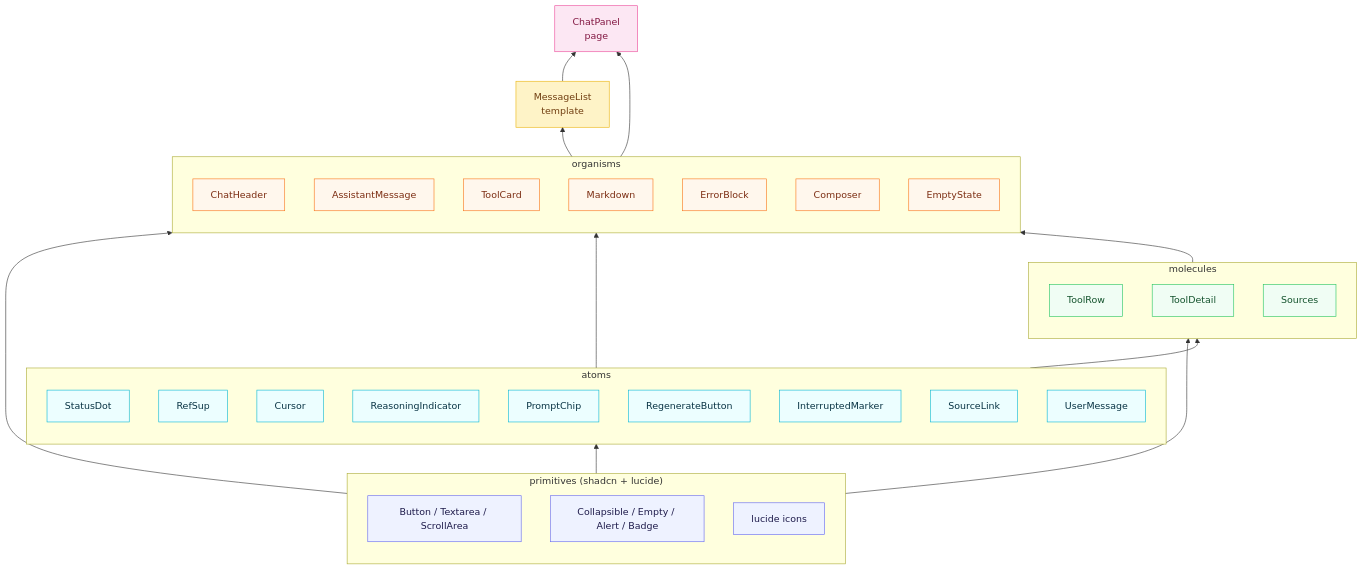
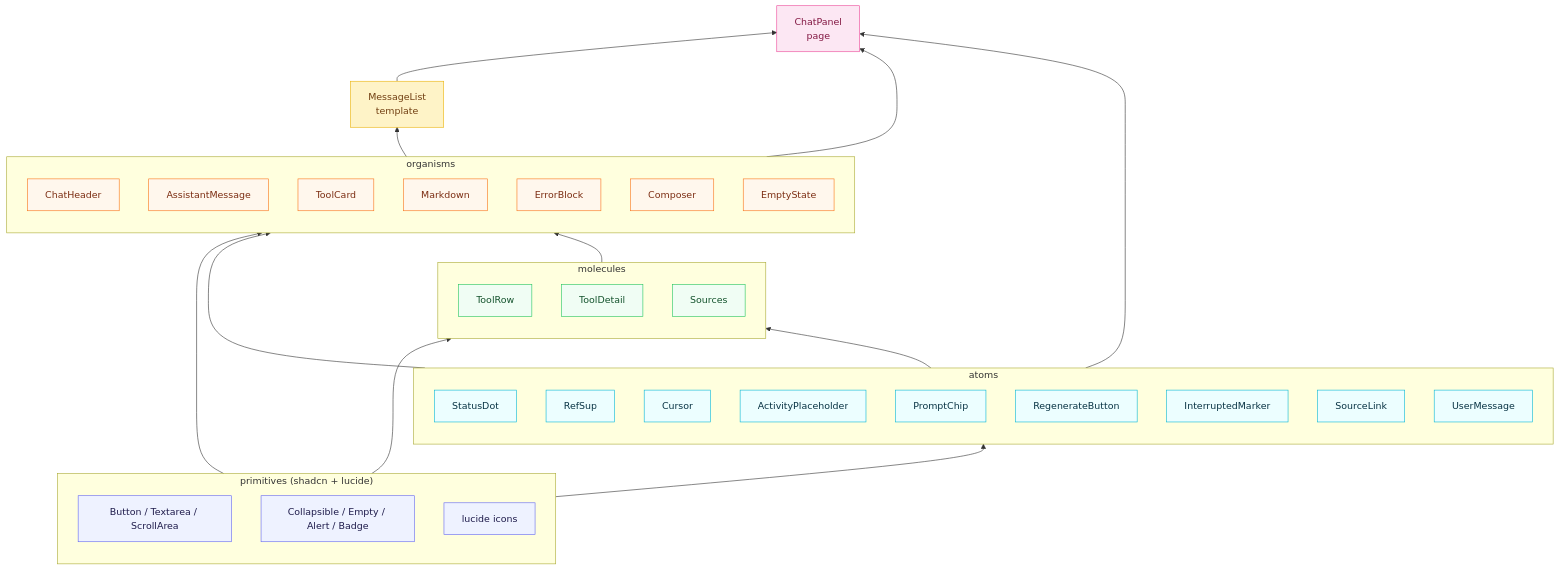
Before and after one commit to wei-yiting/fin-lab-x: the first of 4 diagrams in docs/frontend_chat_architecture.md, drawn with Mermaid. The commit also changed other lines of this file and 26 other files, not shown here.

````diff
--- a/docs/frontend_chat_architecture.md
+++ b/docs/frontend_chat_architecture.md
@@ -15,63 +15,64 @@
 ```mermaid
 flowchart BT
     subgraph primitives["primitives (shadcn + lucide)"]
         P1[Button / Textarea / ScrollArea]
         P2[Collapsible / Empty / Alert / Badge]
         P3[lucide icons]
     end
 
     subgraph atoms
         StatusDot
         RefSup
         Cursor
-        ReasoningIndicator
+        ActivityPlaceholder
         PromptChip
         RegenerateButton
         InterruptedMarker
         SourceLink
         UserMessage
     end
 
     subgraph molecules
         ToolRow
         ToolDetail
         Sources
     end
 
     subgraph organisms
         ChatHeader
         AssistantMessage
         ToolCard
         Markdown
         ErrorBlock
         Composer
         EmptyState
     end
 
     MessageList[MessageList<br/>template]
     ChatPanel[ChatPanel<br/>page]
 
     primitives --> atoms
     primitives --> molecules
     primitives --> organisms
     atoms --> molecules
     atoms --> organisms
     molecules --> organisms
     organisms --> MessageList
     MessageList --> ChatPanel
     organisms --> ChatPanel
+    atoms --> ChatPanel
 
     classDef primitiveCls fill:#eef2ff,stroke:#6366f1,color:#1e1b4b
     classDef atomCls fill:#ecfeff,stroke:#06b6d4,color:#083344
     classDef moleculeCls fill:#f0fdf4,stroke:#22c55e,color:#14532d
     classDef organismCls fill:#fff7ed,stroke:#f97316,color:#7c2d12
     classDef templateCls fill:#fef3c7,stroke:#eab308,color:#713f12
     classDef pageCls fill:#fce7f3,stroke:#ec4899,color:#831843
 
     class P1,P2,P3 primitiveCls
-    class StatusDot,RefSup,Cursor,ReasoningIndicator,PromptChip,RegenerateButton,InterruptedMarker,SourceLink,UserMessage atomCls
+    class StatusDot,RefSup,Cursor,ActivityPlaceholder,PromptChip,RegenerateButton,InterruptedMarker,SourceLink,UserMessage atomCls
     class ToolRow,ToolDetail,Sources moleculeCls
     class ChatHeader,AssistantMessage,ToolCard,Markdown,ErrorBlock,Composer,EmptyState organismCls
     class MessageList templateCls
     class ChatPanel pageCls
 ```
````
